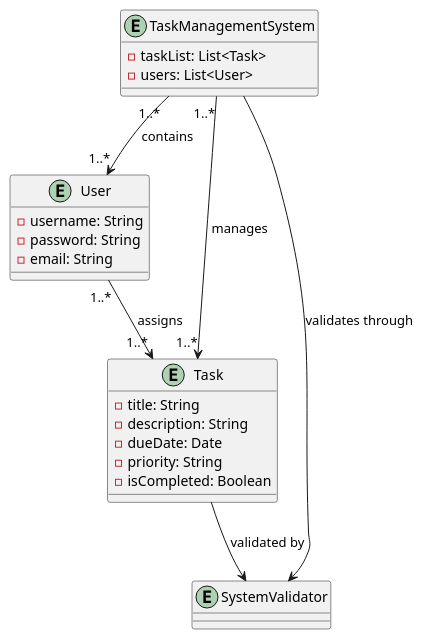
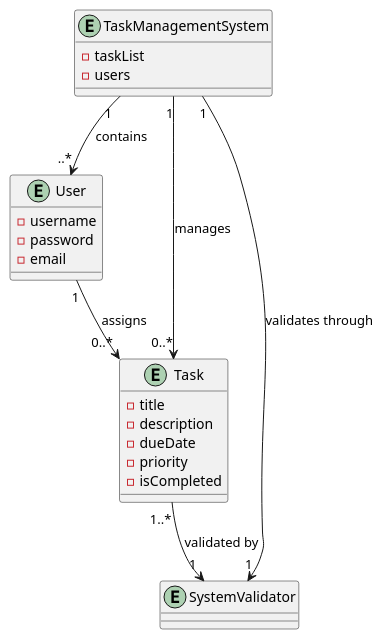
Before and after one commit to Karim-Ashraf1/Task-Management-System: the diagram in class_diagrams/DomainModel.puml, drawn with PlantUML.

Commit message:
Update DomainModel.puml
updated the domain model

```diff
--- a/class_diagrams/DomainModel.puml
+++ b/class_diagrams/DomainModel.puml
@@ -1,31 +1,31 @@
 @startuml
 
 entity User {
-    - username: String
-    - password: String
-    - email: String
+    - username
+    - password
+    - email
 }
 
 entity Task {
-    - title: String
-    - description: String
-    - dueDate: Date
-    - priority: String
-    - isCompleted: Boolean
+    - title
+    - description
+    - dueDate
+    - priority
+    - isCompleted
 }
 
 entity TaskManagementSystem {
-    - taskList: List<Task>
-    - users: List<User>
+    - taskList
+    - users
 }
 
 entity SystemValidator {
 }
 
-User "1..*"--> "1..*" Task : "assigns"
-TaskManagementSystem "1..*" --> "1..*" Task : "manages"
-TaskManagementSystem"1..*" --> "1..*" User : "contains"
-TaskManagementSystem --> SystemValidator : "validates through"
-Task --> SystemValidator : "validated by"
+User "1"--> "0..*" Task : "assigns"
+TaskManagementSystem "1" --> "0..*" Task : "manages"
+TaskManagementSystem"1" --> "..*" User : "contains"
+TaskManagementSystem "1" -->"1" SystemValidator : "validates through"
+Task "1..*"--> "1"SystemValidator : "validated by"
 
 @enduml
```
